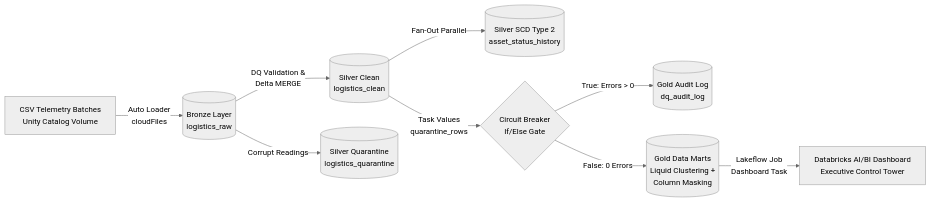
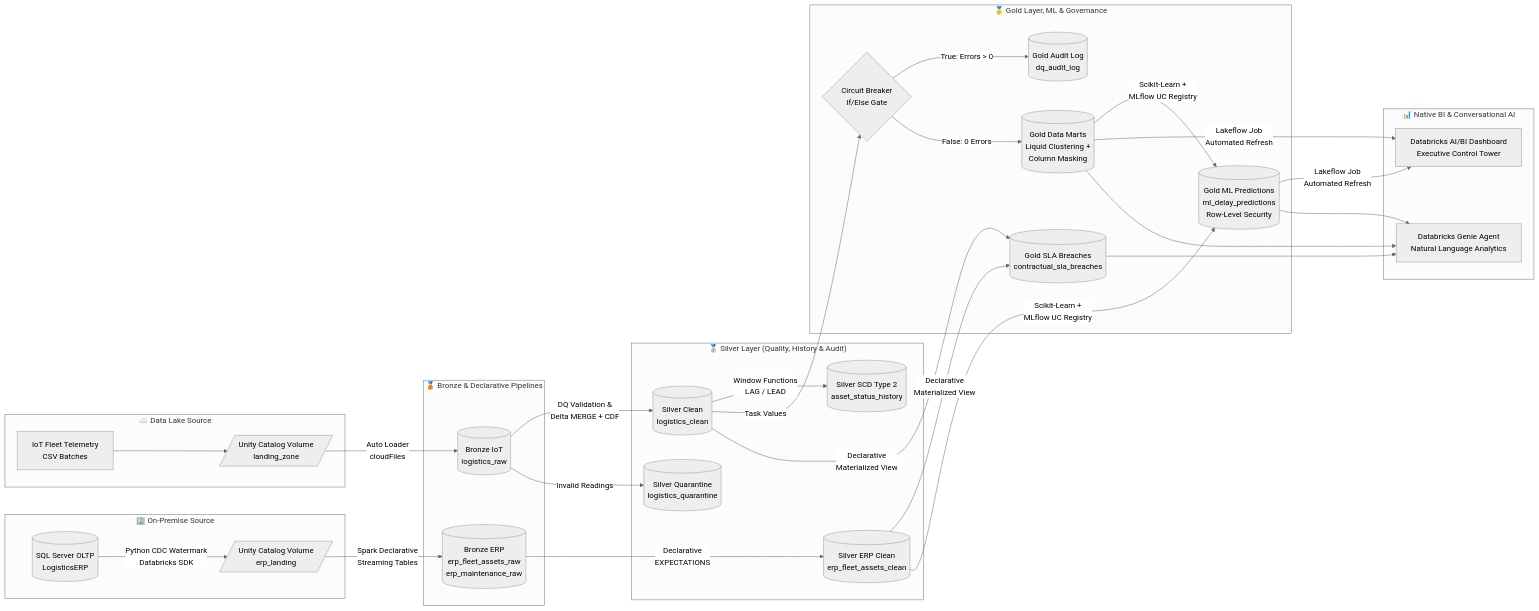
The diagram in README.md (Luis15CR/databricks-smart-logistics-lakehouse), drawn with Mermaid (neutral theme) before and after one commit. The commit also changed other lines of this file and 5 other files, not shown here.

First line of the commit message:
Resolve merge conflict: keep multi-source platform README

````diff
--- a/README.md
+++ b/README.md
@@ -9,11 +9,35 @@
 ```mermaid
 flowchart LR
-    A[CSV Telemetry Batches<br/>Unity Catalog Volume] -->|Auto Loader<br/>cloudFiles| B[(Bronze Layer<br/>logistics_raw)]
-    B -->|DQ Validation &<br/>Delta MERGE| C[(Silver Clean<br/>logistics_clean)]
-    B -->|Corrupt Readings| D[(Silver Quarantine<br/>logistics_quarantine)]
-    C -->|Fan-Out Parallel| E[(Silver SCD Type 2<br/>asset_status_history)]
-    C -->|Task Values<br/>quarantine_rows| F{Circuit Breaker<br/>If/Else Gate}
-    F -->|True: Errors > 0| G[(Gold Audit Log<br/>dq_audit_log)]
-    F -->|False: 0 Errors| H[(Gold Data Marts<br/>Liquid Clustering +<br/>Column Masking)]
-    H -->|Lakeflow Job<br/>Dashboard Task| I[Databricks AI/BI Dashboard<br/>Executive Control Tower]
+    subgraph OnPrem["🏢 On-Premise Source"]
+        SQL[(SQL Server OLTP<br/>LogisticsERP)] -->|Python CDC Watermark<br/>Databricks SDK| VOL_ERP[/Unity Catalog Volume<br/>erp_landing/]
+    end
+
+    subgraph CloudLake["☁️ Data Lake Source"]
+        IOT[IoT Fleet Telemetry<br/>CSV Batches] --> VOL_IOT[/Unity Catalog Volume<br/>landing_zone/]
+    end
+
+    subgraph Ingestion["🥉 Bronze & Declarative Pipelines"]
+        VOL_IOT -->|Auto Loader<br/>cloudFiles| B_IOT[(Bronze IoT<br/>logistics_raw)]
+        VOL_ERP -->|Spark Declarative<br/>Streaming Tables| B_ERP[(Bronze ERP<br/>erp_fleet_assets_raw<br/>erp_maintenance_raw)]
+    end
+
+    subgraph SilverLayer["🥈 Silver Layer (Quality, History & Audit)"]
+        B_IOT -->|DQ Validation &<br/>Delta MERGE + CDF| S_CLEAN[(Silver Clean<br/>logistics_clean)]
+        B_IOT -->|Invalid Readings| S_QUAR[(Silver Quarantine<br/>logistics_quarantine)]
+        S_CLEAN -->|Window Functions<br/>LAG / LEAD| S_SCD2[(Silver SCD Type 2<br/>asset_status_history)]
+        B_ERP -->|Declarative<br/>EXPECTATIONS| S_ERP[(Silver ERP Clean<br/>erp_fleet_assets_clean)]
+    end
+
+    subgraph GoldML["🥇 Gold Layer, ML & Governance"]
+        S_CLEAN -->|Task Values| GATE{Circuit Breaker<br/>If/Else Gate}
+        GATE -->|True: Errors > 0| AUDIT[(Gold Audit Log<br/>dq_audit_log)]
+        GATE -->|False: 0 Errors| GOLD_KPI[(Gold Data Marts<br/>Liquid Clustering +<br/>Column Masking)]
+        S_CLEAN & S_ERP -->|Declarative<br/>Materialized View| SLA[(Gold SLA Breaches<br/>contractual_sla_breaches)]
+        GOLD_KPI & S_ERP -->|Scikit-Learn +<br/>MLflow UC Registry| ML[(Gold ML Predictions<br/>ml_delay_predictions<br/>Row-Level Security)]
+    end
+
+    subgraph Consumption["📊 Native BI & Conversational AI"]
+        GOLD_KPI & ML -->|Lakeflow Job<br/>Automated Refresh| DASH[Databricks AI/BI Dashboard<br/>Executive Control Tower]
+        SLA & ML & GOLD_KPI --> GENIE[Databricks Genie Agent<br/>Natural Language Analytics]
+    end
 ```
````
